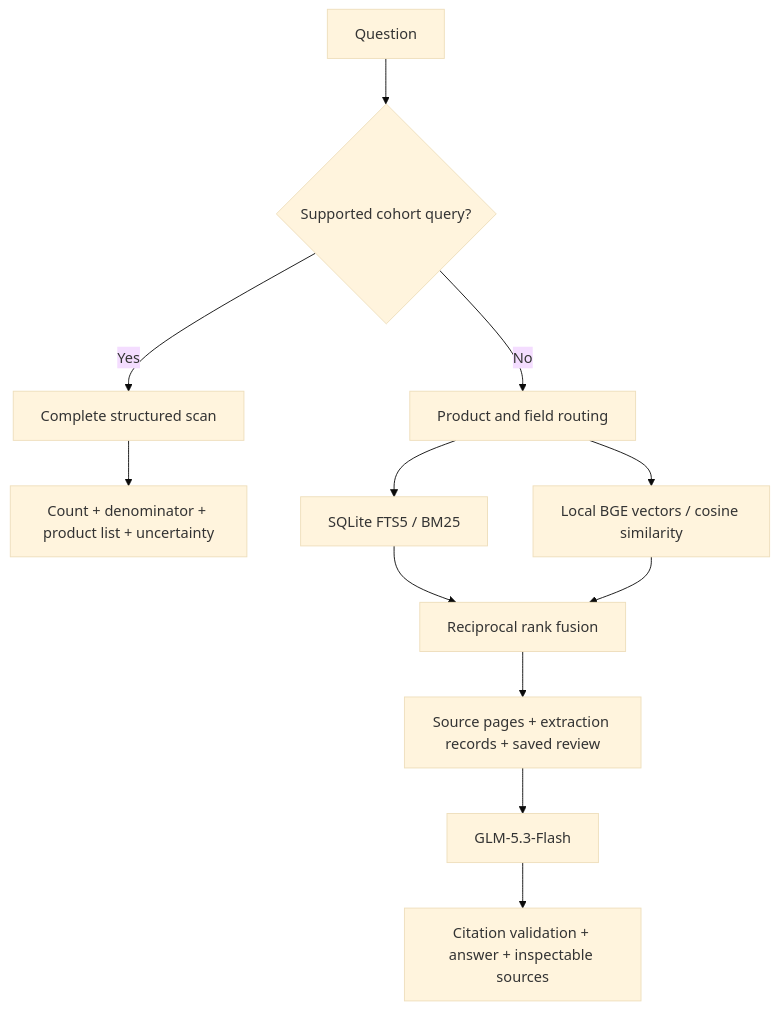
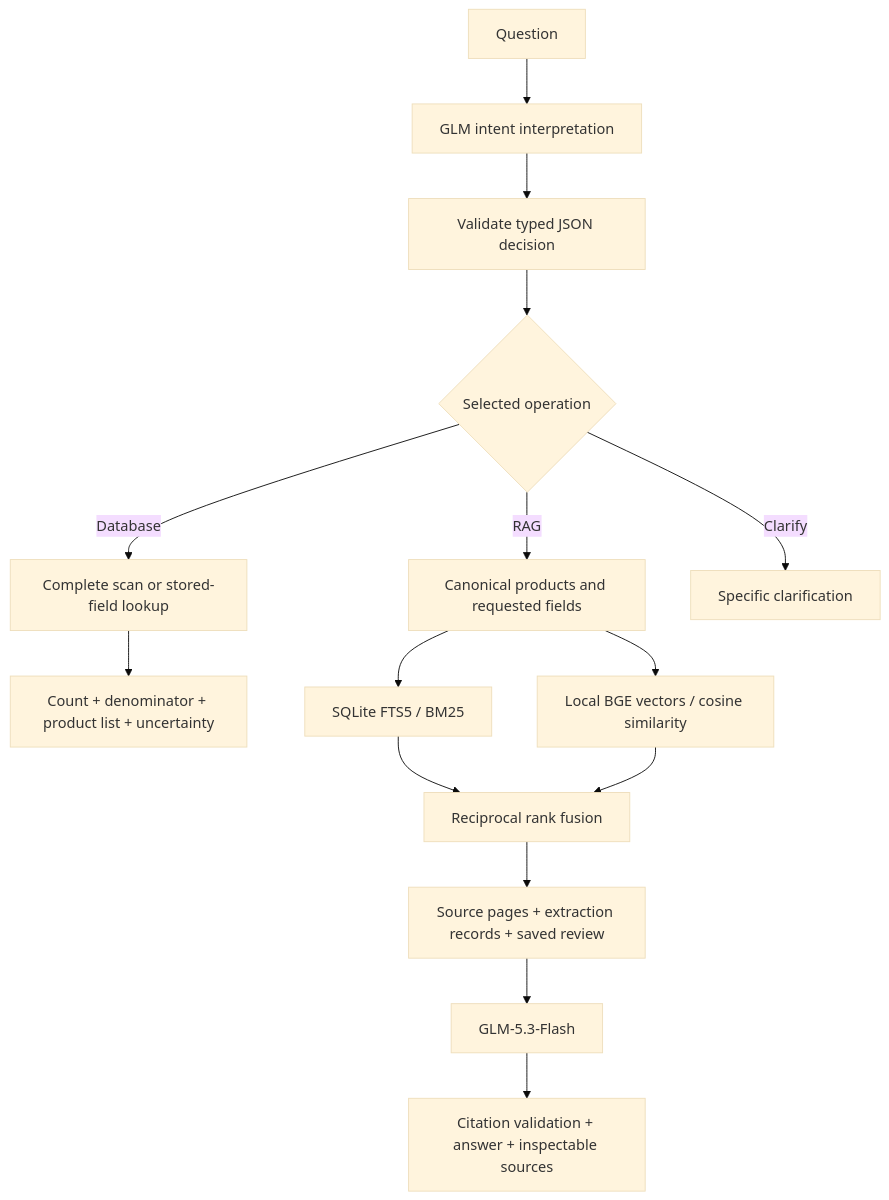
One commit to gaochengzhecpu/ASD changed the diagram in RAG_TECHNICAL.md. Above: the diagram before and after it, drawn with Mermaid (base theme). The commit also changed other lines of this file and 9 other files, not shown here.

Commit message:
Let GLM interpret questions and choose validated database or RAG operations

````diff
--- a/RAG_TECHNICAL.md
+++ b/RAG_TECHNICAL.md
@@ -16,14 +25,17 @@
 ```mermaid
 flowchart TD
-  Q[Question] --> R{Supported cohort query?}
-  R -->|Yes| C[Complete structured scan]
+  Q[Question] --> L[GLM intent interpretation]
+  L --> VQ[Validate typed JSON decision]
+  VQ --> R{Selected operation}
+  R -->|Database| C[Complete scan or stored-field lookup]
   C --> T[Count + denominator + product list + uncertainty]
-  R -->|No| P[Product and field routing]
+  R -->|RAG| P[Canonical products and requested fields]
+  R -->|Clarify| CQ[Specific clarification]
   P --> B[SQLite FTS5 / BM25]
   P --> V[Local BGE vectors / cosine similarity]
   B --> F[Reciprocal rank fusion]
   V --> F
   F --> E[Source pages + extraction records + saved review]
   E --> G[GLM-5.3-Flash]
   G --> A[Citation validation + answer + inspectable sources]
 ```
````
